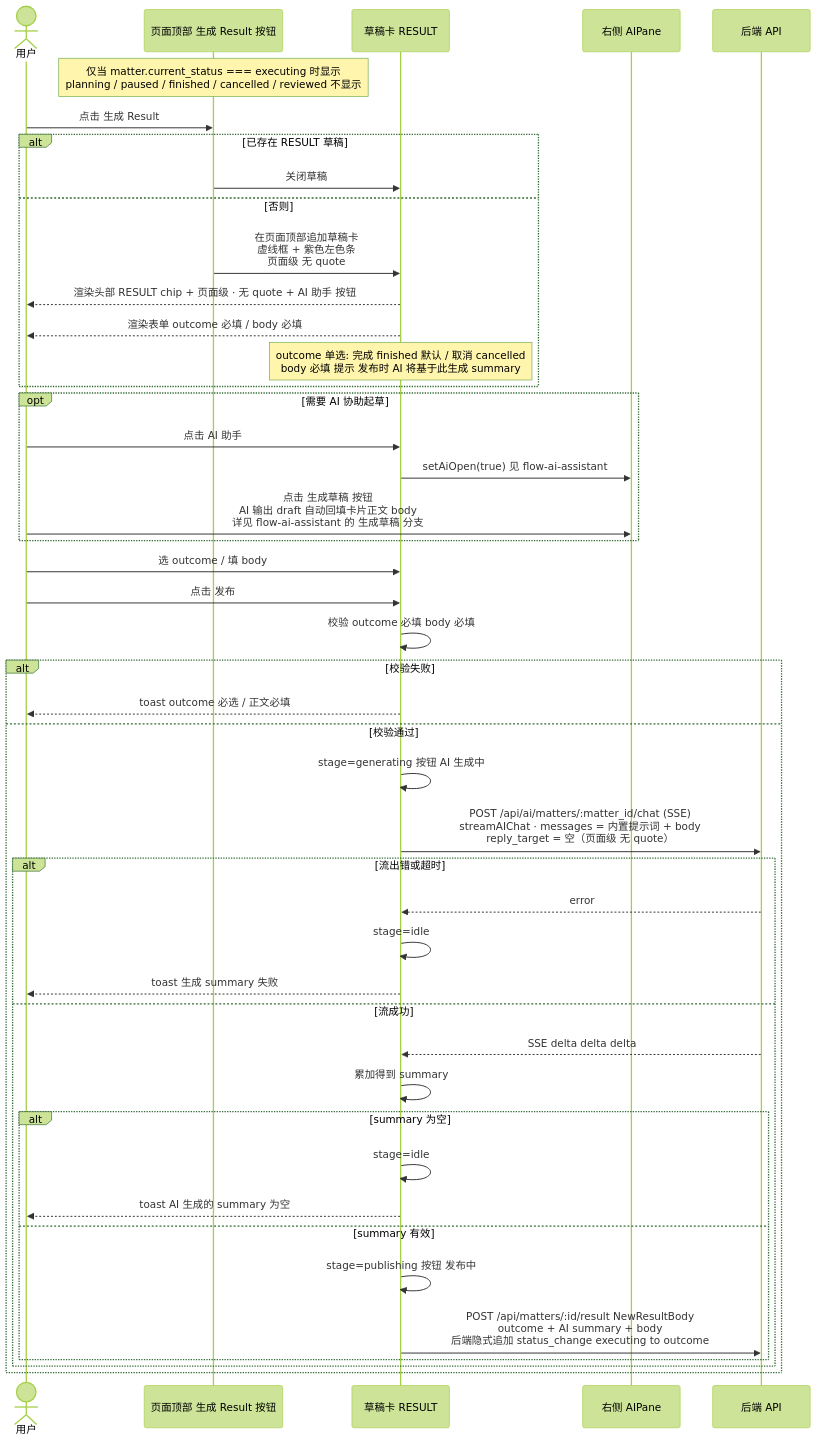
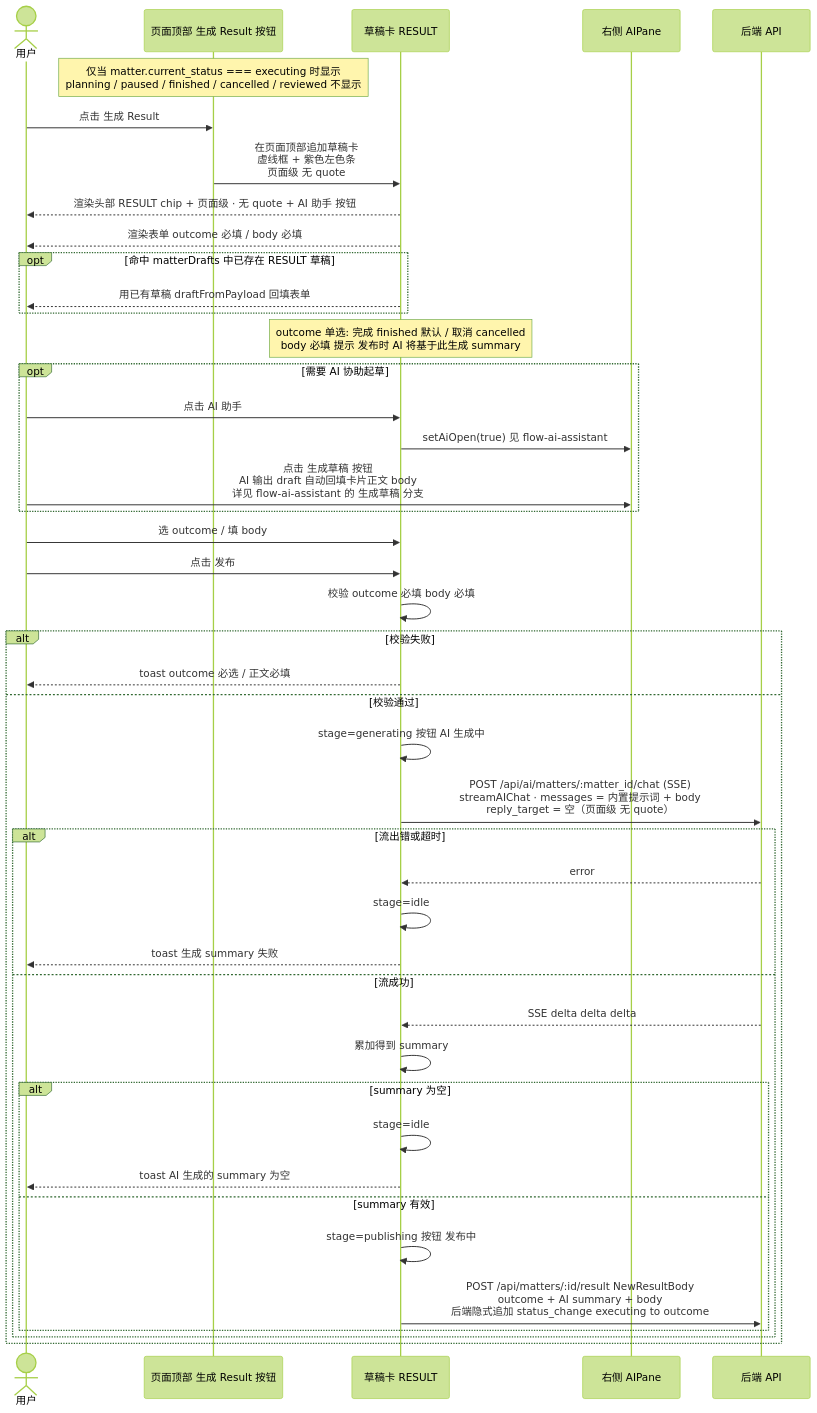
One commit to Tjk666Tjk6660/team-pivot-web changed the diagram in AI-docs/workflow-interaction/flow-result-card.md. Above: the diagram before and after it, drawn with Mermaid (forest theme). The commit also changed 6 other files, not shown here.

Commit message:
docs(matter): add workflow-interaction sequence diagram

````diff
--- a/AI-docs/workflow-interaction/flow-result-card.md
+++ b/AI-docs/workflow-interaction/flow-result-card.md
@@ -10,54 +10,53 @@
 ```mermaid
 sequenceDiagram
   actor U as 用户
   participant PB as 页面顶部 生成 Result 按钮
   participant DC as 草稿卡 RESULT
   participant AP as 右侧 AIPane
   participant API as 后端 API
 
   Note over PB: 仅当 matter.current_status === executing 时显示<br/>planning / paused / finished / cancelled / reviewed 不显示
 
   U->>PB: 点击 生成 Result
-  alt 已存在 RESULT 草稿
-    PB->>DC: 关闭草稿
-  else 否则
-    PB->>DC: 在页面顶部追加草稿卡<br/>虚线框 + 紫色左色条<br/>页面级 无 quote
-    DC-->>U: 渲染头部 RESULT chip + 页面级 · 无 quote + AI 助手 按钮
-    DC-->>U: 渲染表单 outcome 必填 / body 必填
-    Note over DC: outcome 单选: 完成 finished 默认 / 取消 cancelled<br/>body 必填 提示 发布时 AI 将基于此生成 summary
+  PB->>DC: 在页面顶部追加草稿卡<br/>虚线框 + 紫色左色条<br/>页面级 无 quote
+  DC-->>U: 渲染头部 RESULT chip + 页面级 · 无 quote + AI 助手 按钮
+  DC-->>U: 渲染表单 outcome 必填 / body 必填
+  opt 命中 matterDrafts 中已存在 RESULT 草稿
+    DC-->>U: 用已有草稿 draftFromPayload 回填表单
   end
+  Note over DC: outcome 单选: 完成 finished 默认 / 取消 cancelled<br/>body 必填 提示 发布时 AI 将基于此生成 summary
 
   opt 需要 AI 协助起草
     U->>DC: 点击 AI 助手
     DC->>AP: setAiOpen(true) 见 flow-ai-assistant
     U->>AP: 点击 生成草稿 按钮<br/>AI 输出 draft 自动回填卡片正文 body<br/>详见 flow-ai-assistant 的 生成草稿 分支
   end
 
   U->>DC: 选 outcome / 填 body
   U->>DC: 点击 发布
 
   DC->>DC: 校验 outcome 必填 body 必填
   alt 校验失败
     DC-->>U: toast outcome 必选 / 正文必填
   else 校验通过
     DC->>DC: stage=generating 按钮 AI 生成中
 
     DC->>API: POST /api/ai/matters/:matter_id/chat (SSE)<br/>streamAIChat · messages = 内置提示词 + body<br/>reply_target = 空（页面级 无 quote）
     alt 流出错或超时
       API-->>DC: error
       DC->>DC: stage=idle
       DC-->>U: toast 生成 summary 失败
     else 流成功
       API-->>DC: SSE delta delta delta
       DC->>DC: 累加得到 summary
 
       alt summary 为空
         DC->>DC: stage=idle
         DC-->>U: toast AI 生成的 summary 为空
       else summary 有效
         DC->>DC: stage=publishing 按钮 发布中
         DC->>API: POST /api/matters/:id/result NewResultBody<br/>outcome + AI summary + body<br/>后端隐式追加 status_change executing to outcome
       end
     end
   end
 ```
````
